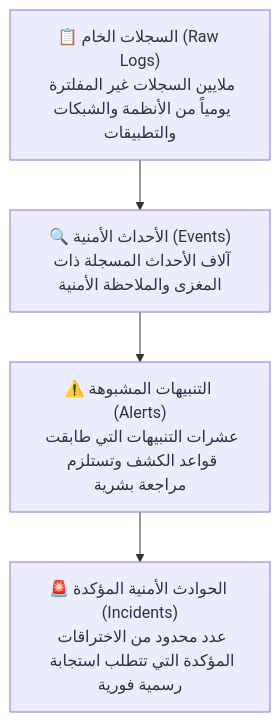
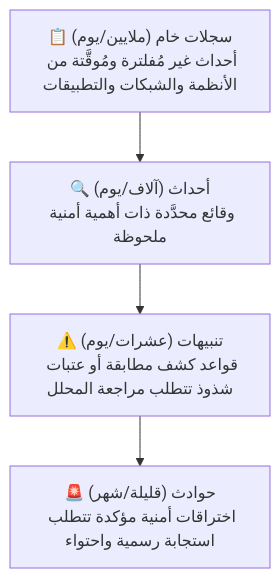
One commit to Geeky-Pro/SOC-LAB changed the third of 4 diagrams in md files/lab1_IDR_AR.md. Above: the diagram before and after it, drawn with Mermaid. The commit also changed other lines of this file, not shown here.

````diff
--- a/md files/lab1_IDR_AR.md
+++ b/md files/lab1_IDR_AR.md
@@ -284,6 +286,6 @@
 ```mermaid
 flowchart TD
-    L["📋 السجلات الخام (Raw Logs)<br/>ملايين السجلات غير المفلترة يومياً من الأنظمة والشبكات والتطبيقات"] --> E["🔍 الأحداث الأمنية (Events)<br/>آلاف الأحداث المسجلة ذات المغزى والملاحظة الأمنية"]
-    E --> A["⚠️ التنبيهات المشبوهة (Alerts)<br/>عشرات التنبيهات التي طابقت قواعد الكشف وتستلزم مراجعة بشرية"]
-    A --> I["🚨 الحوادث الأمنية المؤكدة (Incidents)<br/>عدد محدود من الاختراقات المؤكدة التي تتطلب استجابة رسمية فورية"]
+    L["📋 سجلات خام (ملايين/يوم)<br/>أحداث غير مُفلترة ومُوقَّتة من الأنظمة والشبكات والتطبيقات"] --> E["🔍 أحداث (آلاف/يوم)<br/>وقائع محدَّدة ذات أهمية أمنية ملحوظة"]
+    E --> A["⚠️ تنبيهات (عشرات/يوم)<br/>قواعد كشف مطابقة أو عتبات شذوذ تتطلب مراجعة المحلل"]
+    A --> I["🚨 حوادث (قليلة/شهر)<br/>اختراقات أمنية مؤكدة تتطلب استجابة رسمية واحتواء"]
 ```
````
